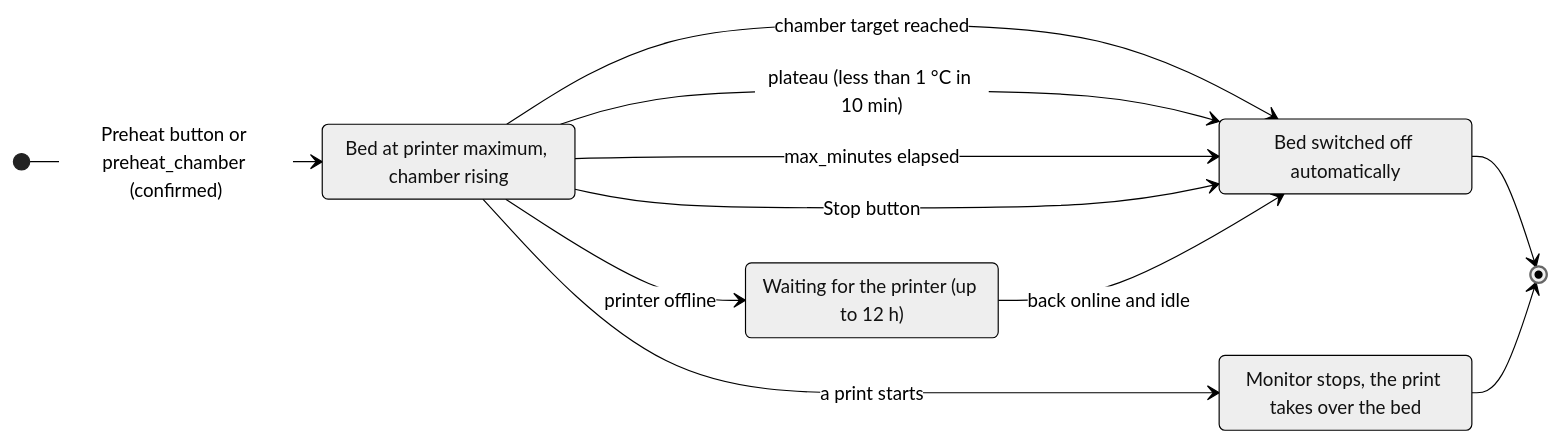
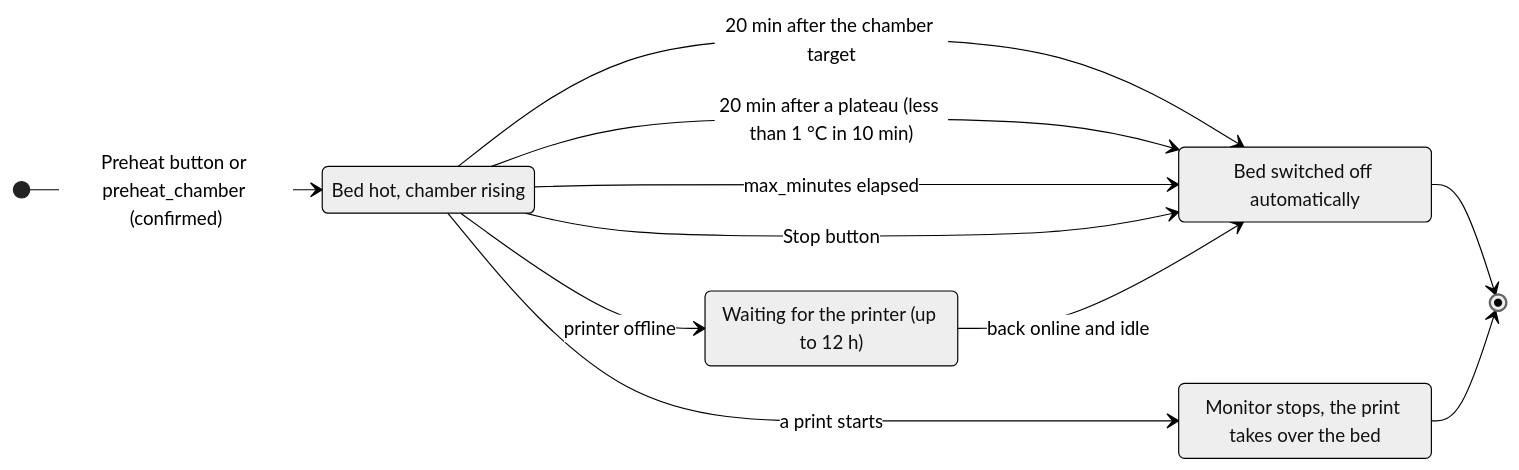
One commit to MirkoUgoliniDev/MentorSlicer changed the first of 2 diagrams in README.md. Above: the diagram before and after it, drawn with Mermaid (neutral theme). The commit also changed other lines of this file and 16 other files, not shown here.

````diff
--- a/README.md
+++ b/README.md
@@ -38,18 +38,18 @@
 ```mermaid
 stateDiagram-v2
     direction LR
     [*] --> Heating: Preheat button or preheat_chamber (confirmed)
-    Heating: Bed at printer maximum, chamber rising
-    Heating --> BedOff: chamber target reached
-    Heating --> BedOff: plateau (less than 1 °C in 10 min)
+    Heating: Bed hot, chamber rising
+    Heating --> BedOff: 20 min after the chamber target
+    Heating --> BedOff: 20 min after a plateau (less than 1 °C in 10 min)
     Heating --> BedOff: max_minutes elapsed
     Heating --> BedOff: Stop button
     Heating --> Waiting: printer offline
     Waiting: Waiting for the printer (up to 12 h)
     Waiting --> BedOff: back online and idle
     Heating --> PrintStarted: a print starts
     PrintStarted: Monitor stops, the print takes over the bed
     BedOff: Bed switched off automatically
     BedOff --> [*]
     PrintStarted --> [*]
 ```
````
